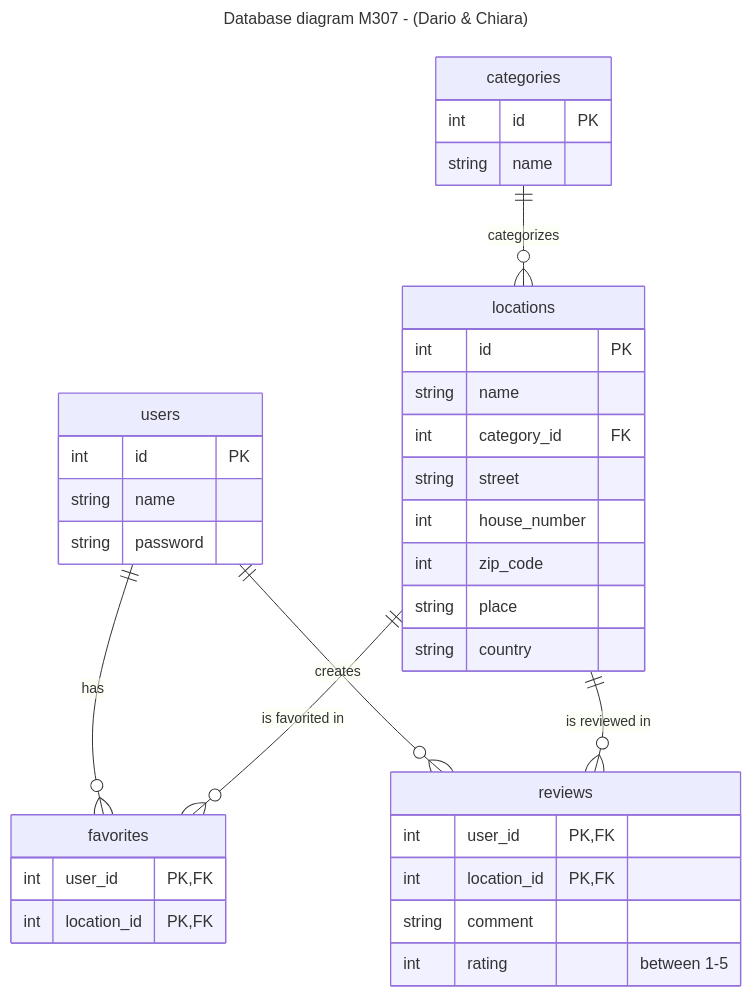
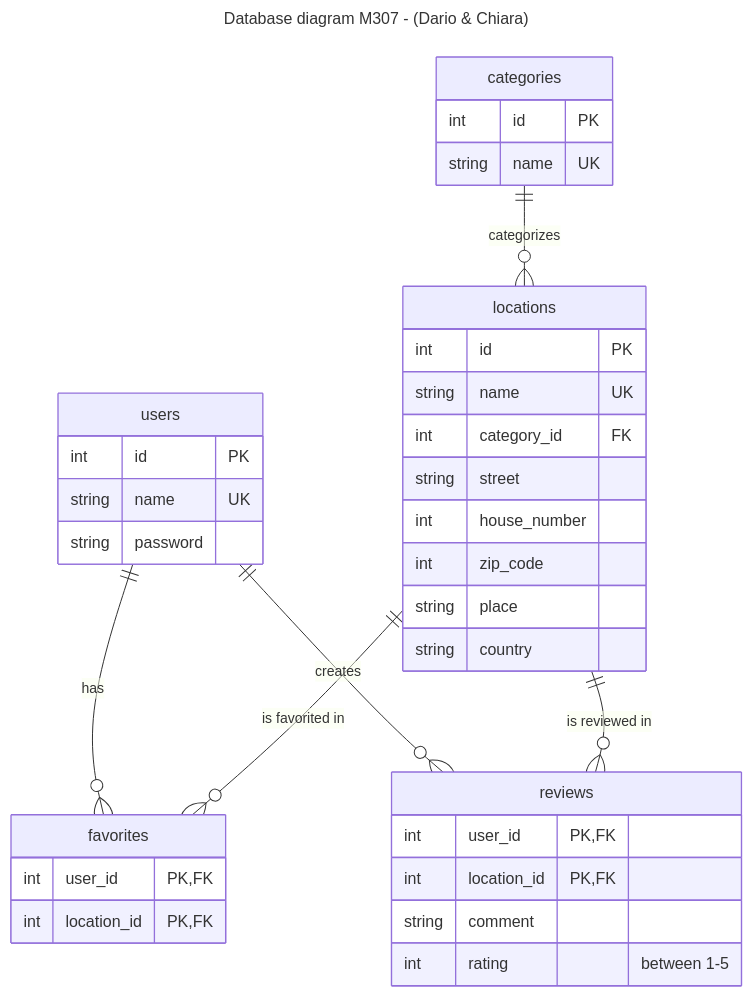
The diagram in docs/diagram.md (DarioBBZ/M307-Einsetzen-von-Informations--und-Kommunikationstechnologie), drawn with Mermaid before and after one commit. The commit also changed 1 other file, not shown here.

Commit message:
Make names unique in database

````diff
--- a/docs/diagram.md
+++ b/docs/diagram.md
@@ -1,41 +1,41 @@
 ```mermaid
 ---
 title: Database diagram M307 - (Dario & Chiara)
 ---
 erDiagram
     users one to many reviews: creates
     users one to many favorites : has
     locations one to many favorites : "is favorited in"
     locations one to many reviews : "is reviewed in"
     categories one to many locations : categorizes
 
     users {
         int id PK
-        string name
+        string name UK
         string password
     }
     reviews {
         int user_id PK, FK
         int location_id PK, FK
         string comment
         int rating "between 1-5"
     }
     favorites {
         int user_id PK, FK
         int location_id PK, FK
     }
     locations {
         int id PK
-        string name
+        string name UK
         int category_id FK
         string street
         int house_number
         int zip_code
         string place
         string country
     }
     categories {
         int id PK
-        string name
+        string name UK
     }
 ```
````
